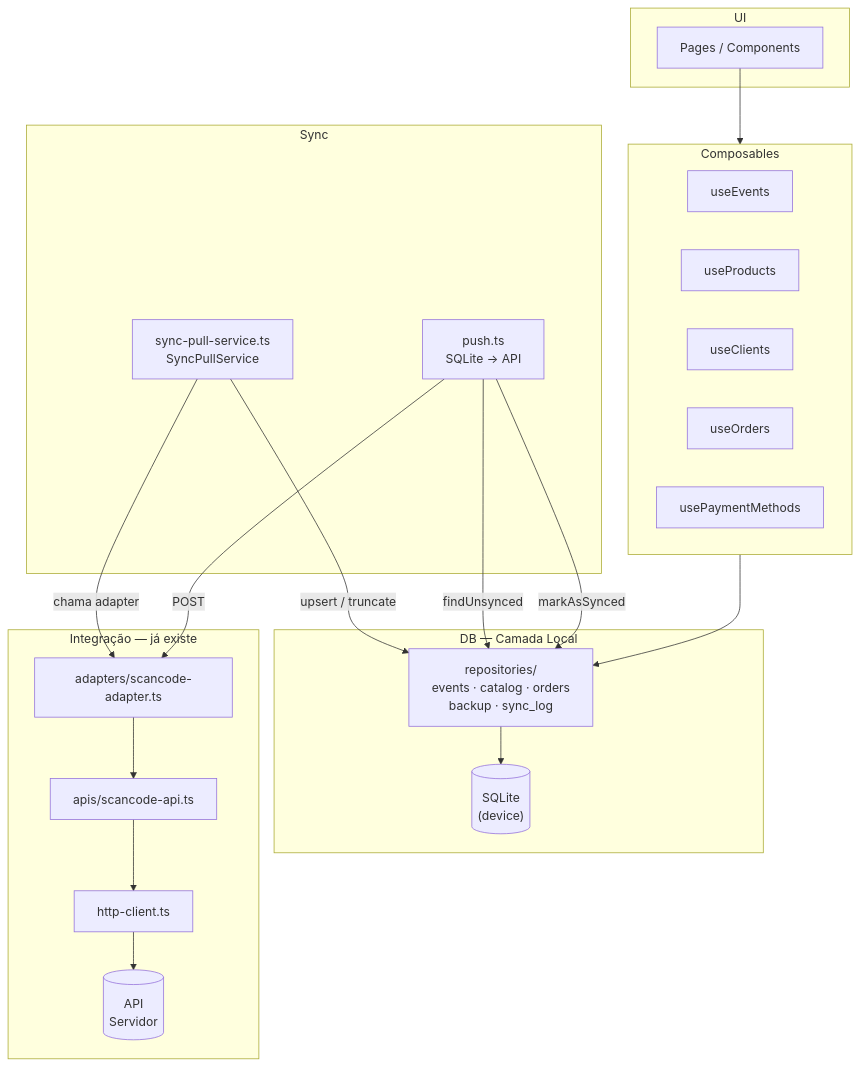
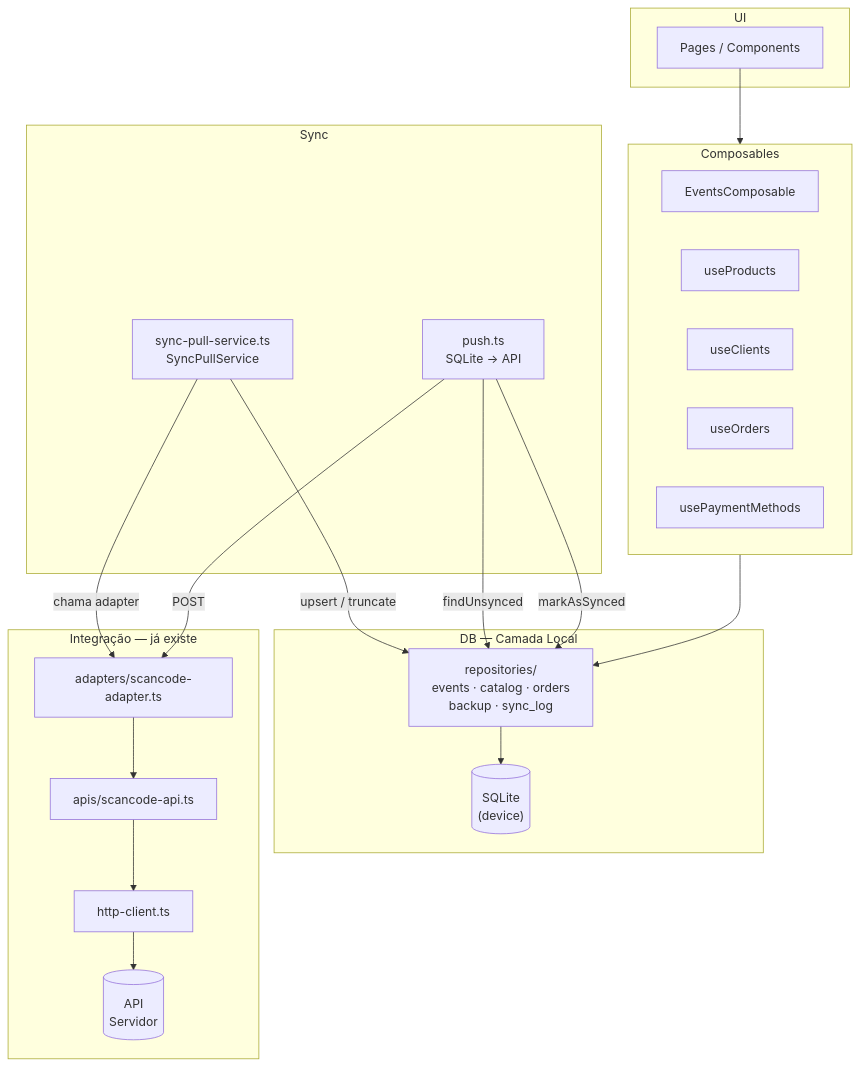
One commit to LeonardoBAV/scancode-app-sample changed the diagram in specs/00-architecture.md. Above: the diagram before and after it, drawn with Mermaid. The commit also changed other lines of this file and 7 other files, not shown here.

````diff
--- a/specs/00-architecture.md
+++ b/specs/00-architecture.md
@@ -66,45 +66,45 @@
 ```mermaid
 flowchart TD
     subgraph ui [UI]
         Pages["Pages / Components"]
     end
 
     subgraph composables [Composables]
-        useEvents["useEvents"]
+        EventsComposable["EventsComposable"]
         useProducts["useProducts"]
         useClients["useClients"]
         useOrders["useOrders"]
         usePaymentMethods["usePaymentMethods"]
     end
 
     subgraph db [DB — Camada Local]
         Repos["repositories/\nevents · catalog · orders\nbackup · sync_log"]
         SQLite[("SQLite\n(device)")]
     end
 
     subgraph sync [Sync]
         SyncPull["sync-pull-service.ts\nSyncPullService"]
         Push["push.ts\nSQLite → API"]
     end
 
     subgraph integration [Integração — já existe]
         Adapter["adapters/scancode-adapter.ts"]
         ApiFile["apis/scancode-api.ts"]
         HttpClient["http-client.ts"]
         API[("API\nServidor")]
     end
 
     Pages --> composables
     composables --> Repos
     Repos --> SQLite
 
     SyncPull -->|"chama adapter"| Adapter
     SyncPull -->|"upsert / truncate"| Repos
     Push -->|"findUnsynced"| Repos
     Push -->|"POST"| Adapter
     Push -->|"markAsSynced"| Repos
 
     Adapter --> ApiFile
     ApiFile --> HttpClient
     HttpClient --> API
 ```
````
